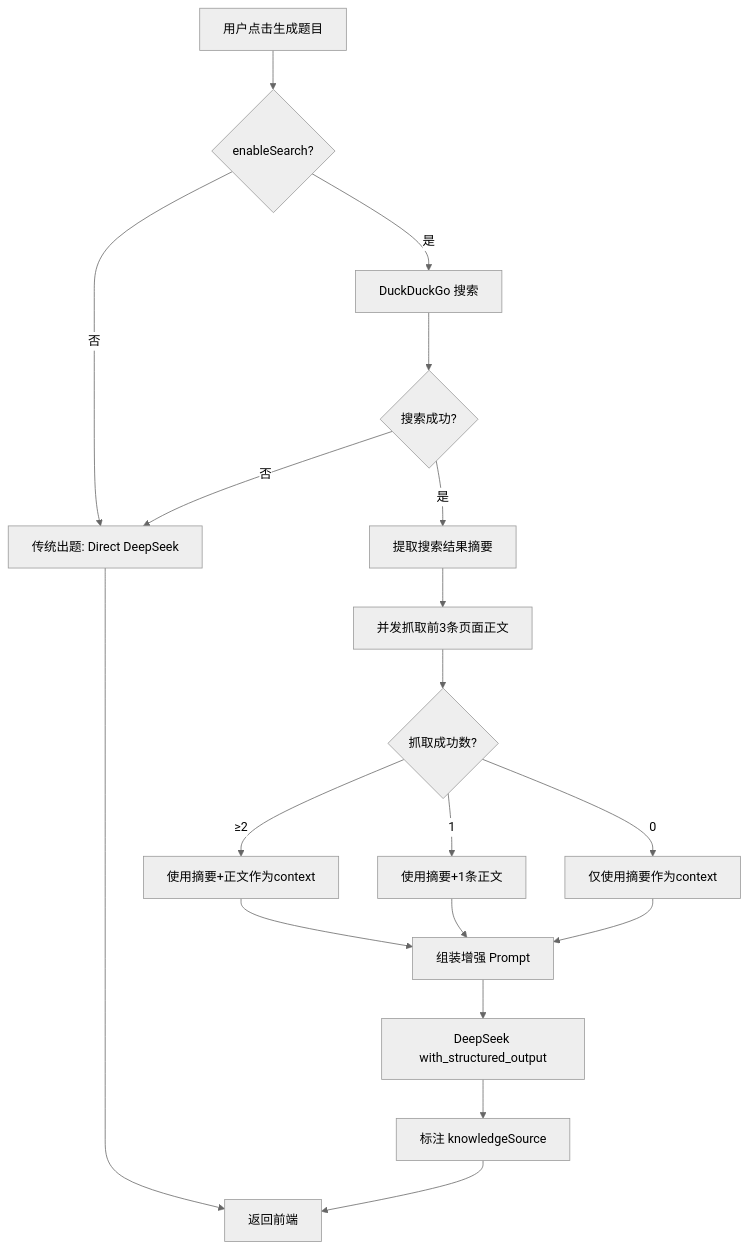
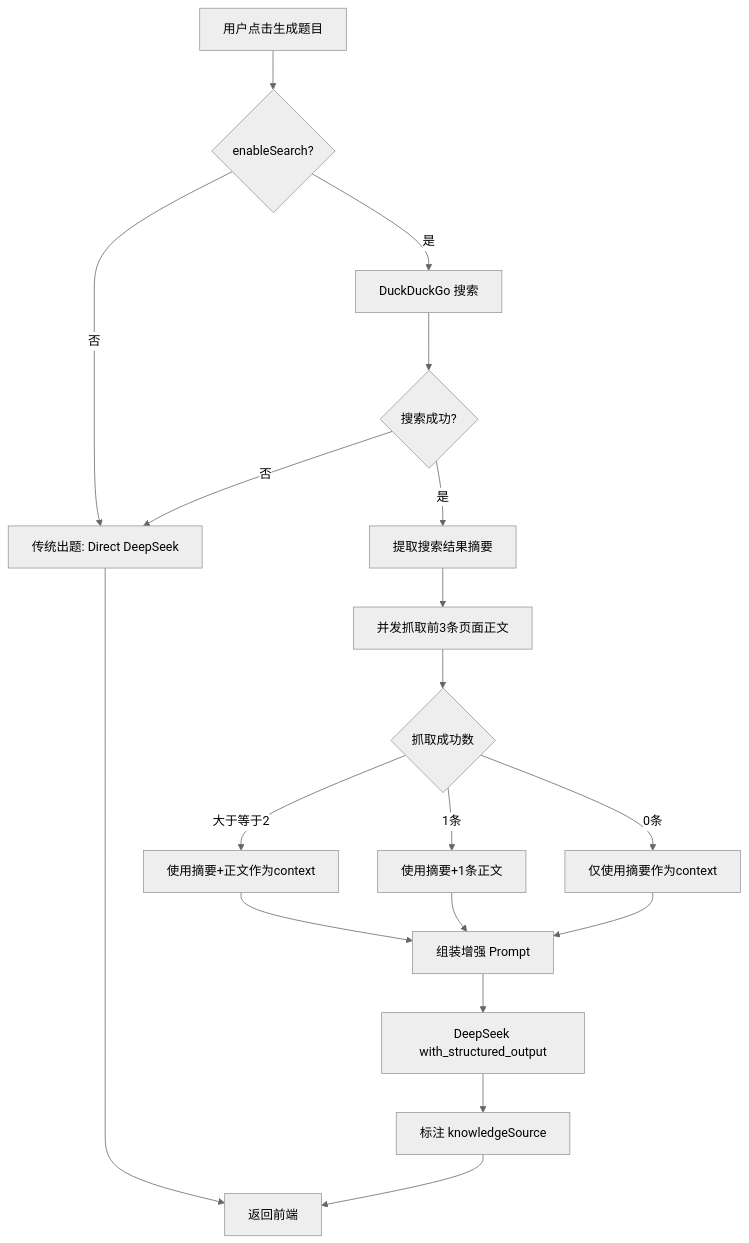
Before and after one commit to dogyuxia/yuAIRUN-deepseek: the diagram in docx/方案设计文档/AI出题优化方案-搜索增强.md, drawn with Mermaid (neutral theme). The commit also changed 79 other files, not shown here.

````diff
--- a/docx/方案设计文档/AI出题优化方案-搜索增强.md
+++ b/docx/方案设计文档/AI出题优化方案-搜索增强.md
@@ -810,27 +810,27 @@
 ```mermaid
 graph TD
     A[用户点击生成题目] --> B{enableSearch?}
     B -->|否| C[传统出题: Direct DeepSeek]
     B -->|是| D[DuckDuckGo 搜索]
     
     D --> E{搜索成功?}
     E -->|否| C
     
     E -->|是| F[提取搜索结果摘要]
     F --> G[并发抓取前3条页面正文]
     
-    G --> H{抓取成功数?}
-    H -->|≥2| I[使用摘要+正文作为context]
-    H -->|1| J[使用摘要+1条正文]
-    H -->|0| K[仅使用摘要作为context]
+    G --> H{抓取成功数}
+    H -->|大于等于2| I[使用摘要+正文作为context]
+    H -->|1条| J[使用摘要+1条正文]
+    H -->|0条| K[仅使用摘要作为context]
     
     I --> L[组装增强 Prompt]
     J --> L
     K --> L
     
     L --> M[DeepSeek with_structured_output]
     M --> N[标注 knowledgeSource]
     N --> O[返回前端]
     
     C --> O
 ```
````
